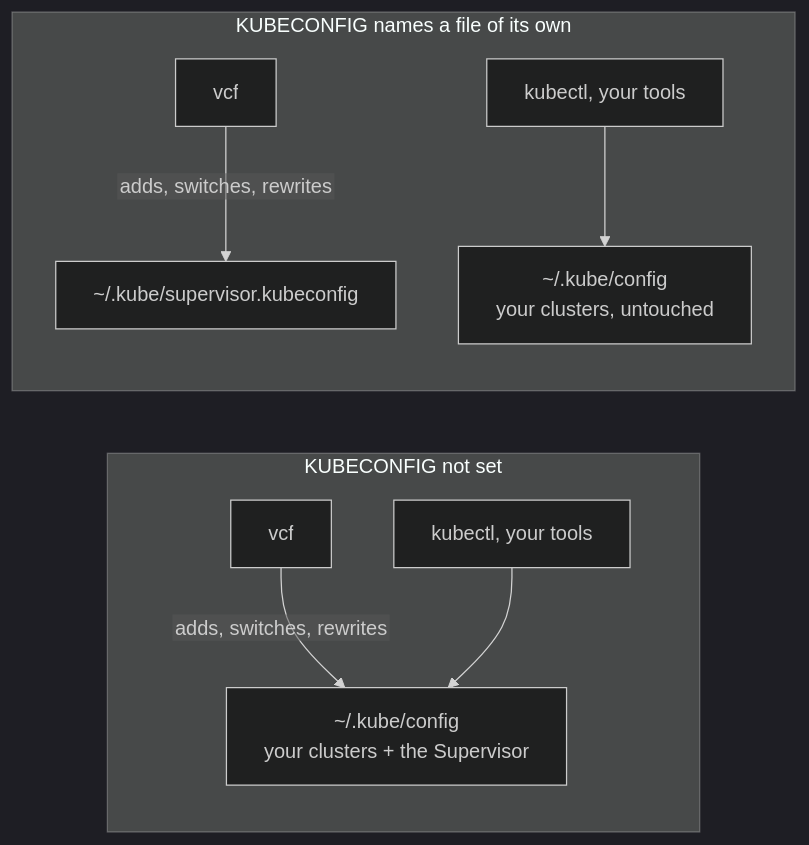
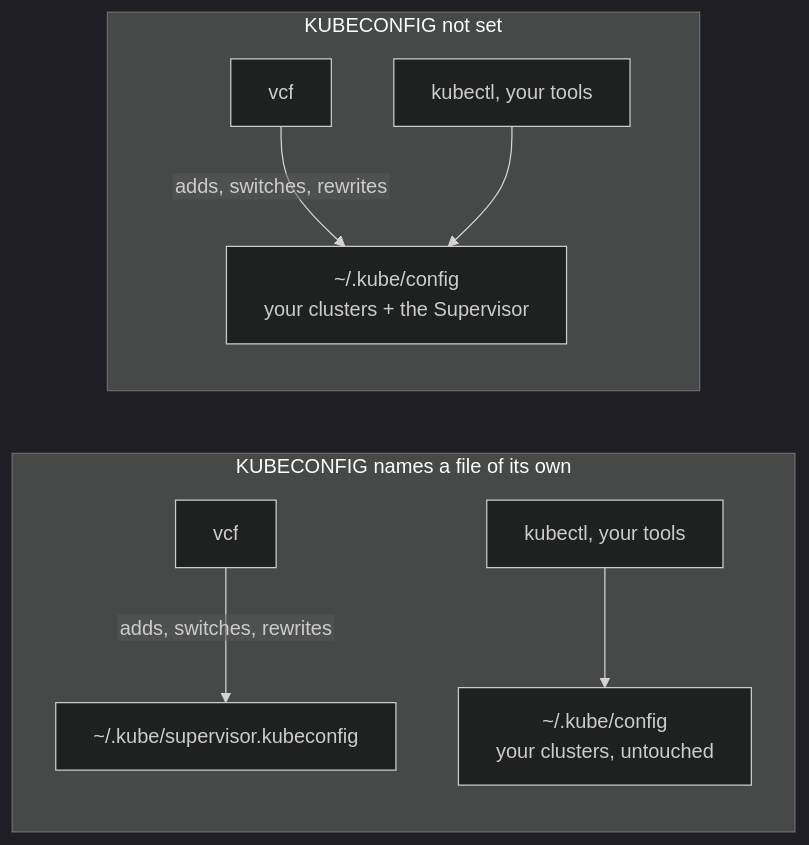
The second of 4 diagrams in docs/VCF.md (AndriyKalashnykov/vks-guides), drawn with Mermaid (dark theme) before and after one commit. The commit also changed other lines of this file, not shown here.

Commit message:
docs: VCF.md diagrams: top-to-bottom overview, table order, example cluster file name

````diff
--- a/docs/VCF.md
+++ b/docs/VCF.md
@@ -277,12 +277,12 @@
 ```mermaid
 %%{init: {"flowchart": {"htmlLabels": false, "wrappingWidth": 600}}}%%
 flowchart LR
+  subgraph separate["KUBECONFIG names a file of its own"]
+    v2["vcf"] -- "adds, switches, rewrites" --> s2["~/.kube/supervisor.kubeconfig"]
+    k2["kubectl, your tools"] --> d2["~/.kube/config<br/>your clusters, untouched"]
+  end
   subgraph shared["KUBECONFIG not set"]
     v1["vcf"] -- "adds, switches, rewrites" --> d1["~/.kube/config<br/>your clusters + the Supervisor"]
     k1["kubectl, your tools"] --> d1
   end
-  subgraph separate["KUBECONFIG names a file of its own"]
-    v2["vcf"] -- "adds, switches, rewrites" --> s2["~/.kube/supervisor.kubeconfig"]
-    k2["kubectl, your tools"] --> d2["~/.kube/config<br/>your clusters, untouched"]
-  end
 ```
````
